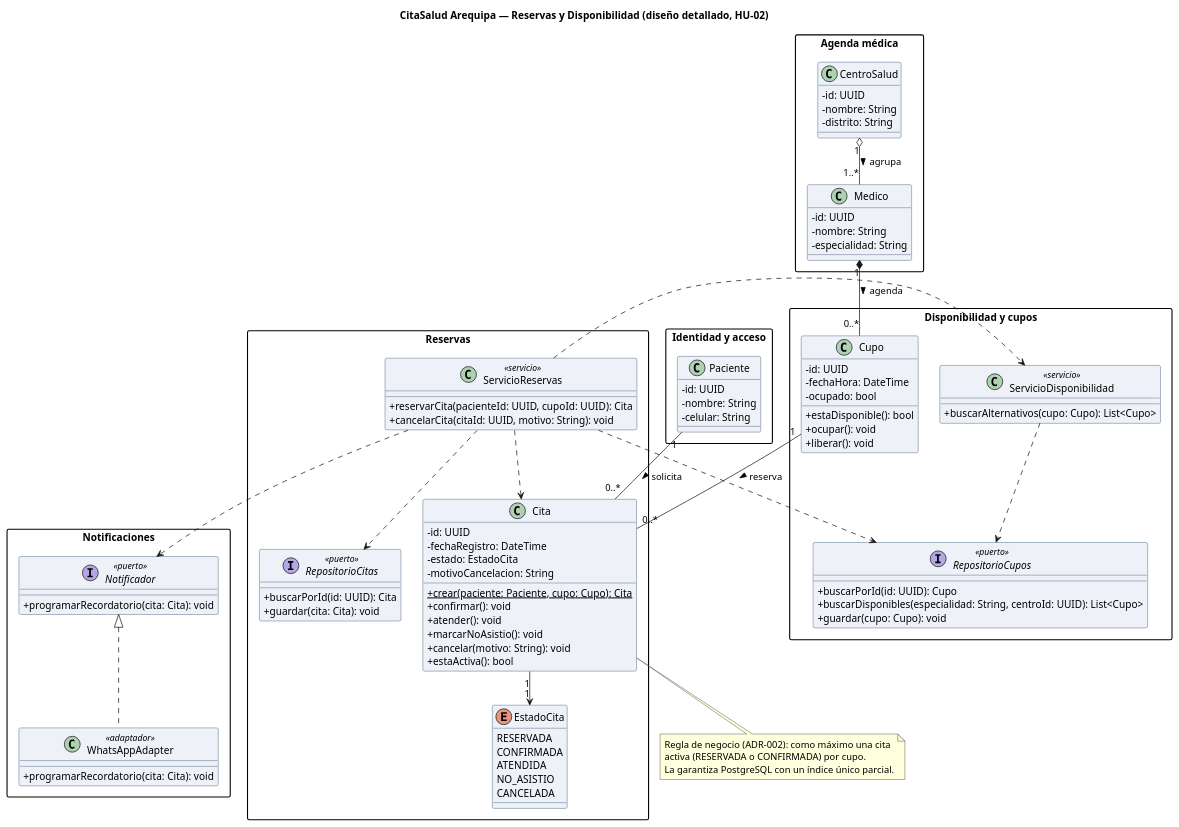
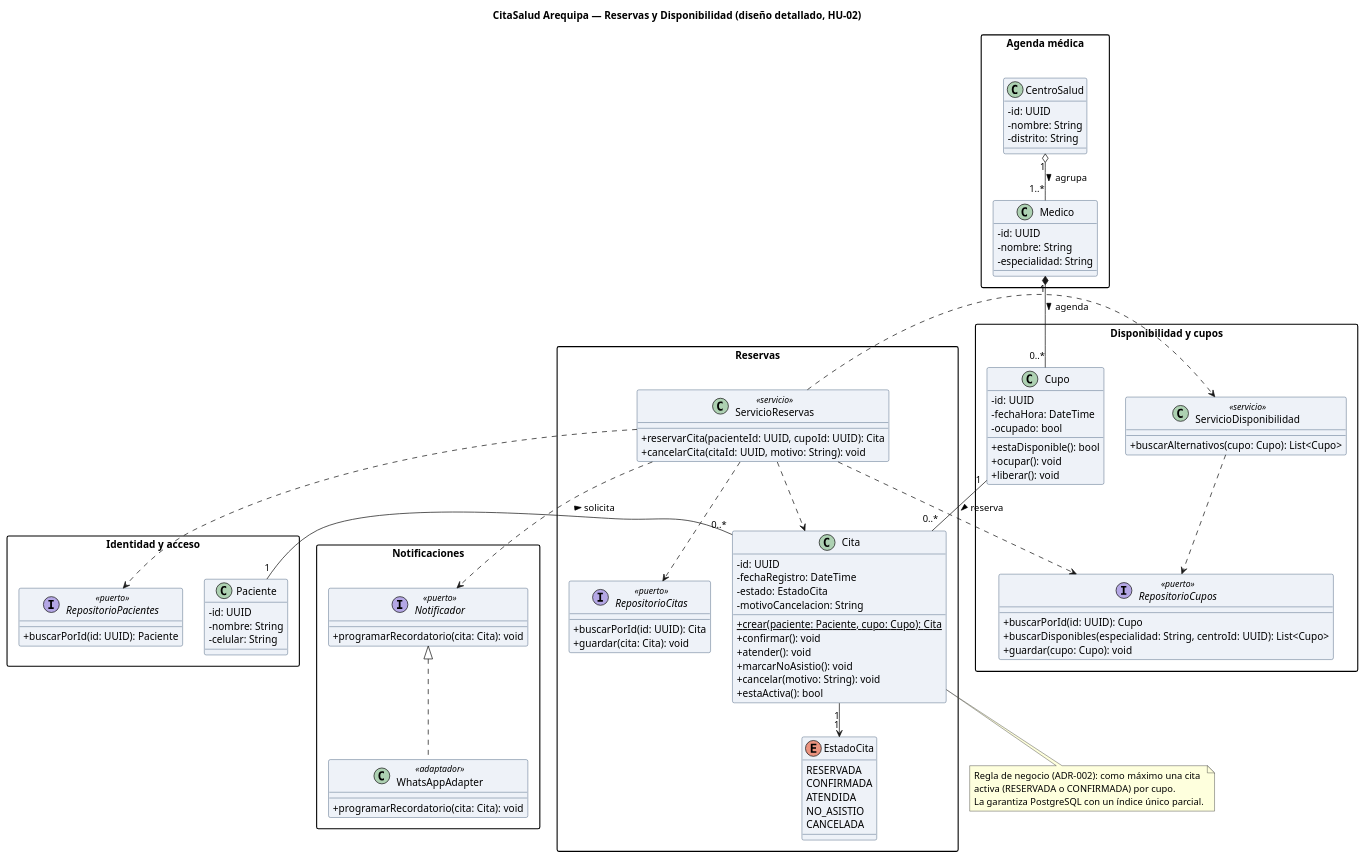
One commit to ChristianAlexYana/cs-2026b-lab04-grupo4 changed the diagram in docs/design/clases.puml. Above: the diagram before and after it, drawn with PlantUML. The commit also changed 3 other files, not shown here.

```diff
--- a/docs/design/clases.puml
+++ b/docs/design/clases.puml
@@ -1,115 +1,119 @@
 @startuml clases-reservas
 skinparam classAttributeIconSize 0
 skinparam shadowing false
 skinparam defaultFontName Arial
 skinparam classBackgroundColor #EEF2F8
 skinparam classBorderColor #1A3A5C
 skinparam packageStyle rectangle
 skinparam nodesep 30
 skinparam ranksep 45
 title CitaSalud Arequipa — Reservas y Disponibilidad (diseño detallado, HU-02)
 
 ' Paquetes = módulos del ADR-001 (ver paquetes.puml)
 package "Identidad y acceso" {
   class Paciente {
     - id: UUID
     - nombre: String
     - celular: String
+  }
+  interface RepositorioPacientes <<puerto>> {
+    + buscarPorId(id: UUID): Paciente
   }
 }
 
 package "Agenda médica" {
   class CentroSalud {
     - id: UUID
     - nombre: String
     - distrito: String
   }
   class Medico {
     - id: UUID
     - nombre: String
     - especialidad: String
   }
 }
 
 package "Disponibilidad y cupos" {
   class Cupo {
     - id: UUID
     - fechaHora: DateTime
     - ocupado: bool
     + estaDisponible(): bool
     + ocupar(): void
     + liberar(): void
   }
   class ServicioDisponibilidad <<servicio>> {
     + buscarAlternativos(cupo: Cupo): List<Cupo>
   }
   interface RepositorioCupos <<puerto>> {
     + buscarPorId(id: UUID): Cupo
     + buscarDisponibles(especialidad: String, centroId: UUID): List<Cupo>
     + guardar(cupo: Cupo): void
   }
 }
 
 package "Reservas" {
   enum EstadoCita {
     RESERVADA
     CONFIRMADA
     ATENDIDA
     NO_ASISTIO
     CANCELADA
   }
   class Cita {
     - id: UUID
     - fechaRegistro: DateTime
     - estado: EstadoCita
     - motivoCancelacion: String
     + {static} crear(paciente: Paciente, cupo: Cupo): Cita
     + confirmar(): void
     + atender(): void
     + marcarNoAsistio(): void
     + cancelar(motivo: String): void
     + estaActiva(): bool
   }
   class ServicioReservas <<servicio>> {
     + reservarCita(pacienteId: UUID, cupoId: UUID): Cita
     + cancelarCita(citaId: UUID, motivo: String): void
   }
   interface RepositorioCitas <<puerto>> {
     + buscarPorId(id: UUID): Cita
     + guardar(cita: Cita): void
   }
 }
 
 package "Notificaciones" {
   interface Notificador <<puerto>> {
     + programarRecordatorio(cita: Cita): void
   }
   class WhatsAppAdapter <<adaptador>> {
     + programarRecordatorio(cita: Cita): void
   }
 }
 
 ' --- Relaciones estructurales (multiplicidad en ambos extremos, regla C3) ---
 Paciente "1" -- "0..*" Cita : solicita >
 Cupo "1" -- "0..*" Cita : reserva >
 CentroSalud "1" o-- "1..*" Medico : agrupa >
 Medico "1" *-- "0..*" Cupo : agenda >
 Cita "1" --> "1" EstadoCita
 
 ' --- Realización de puertos (ADR-001: puertos y adaptadores) ---
 Notificador <|.. WhatsAppAdapter
 
 ' --- Dependencias de los servicios de aplicación ---
 ServicioReservas ..> Cita
 ServicioReservas ..> RepositorioCitas
 ServicioReservas ..> RepositorioCupos
 ServicioReservas ..> Notificador
 ServicioReservas ..> ServicioDisponibilidad
 ServicioDisponibilidad ..> RepositorioCupos
+ServicioReservas ..> RepositorioPacientes
 
 note bottom of Cita
   Regla de negocio (ADR-002): como máximo una cita
   activa (RESERVADA o CONFIRMADA) por cupo.
   La garantiza PostgreSQL con un índice único parcial.
 end note
 @enduml
```
